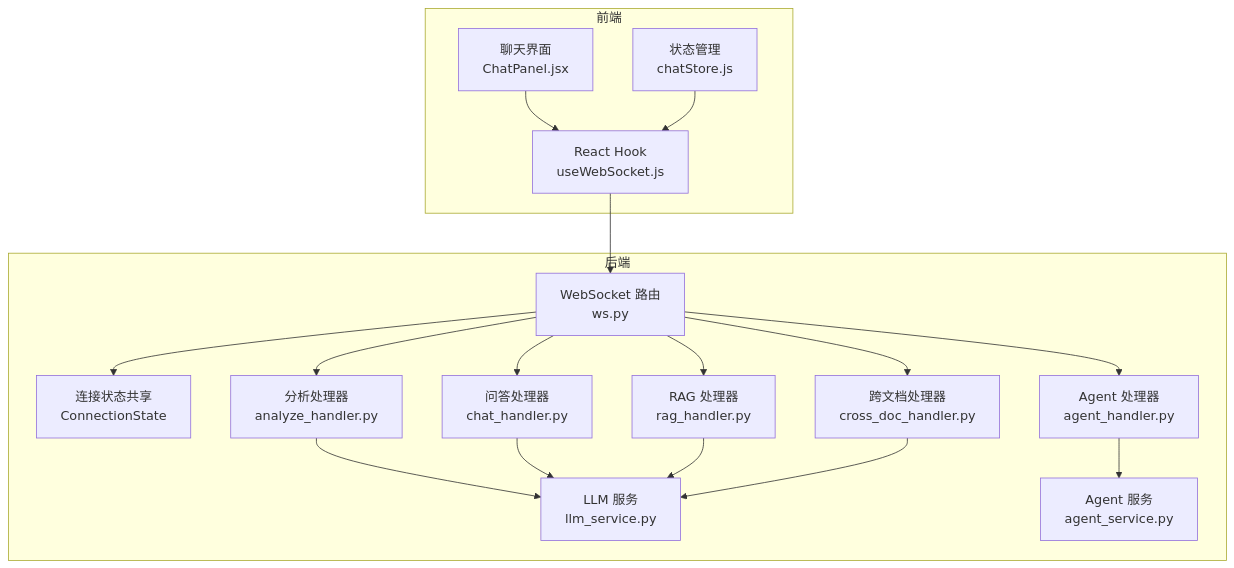
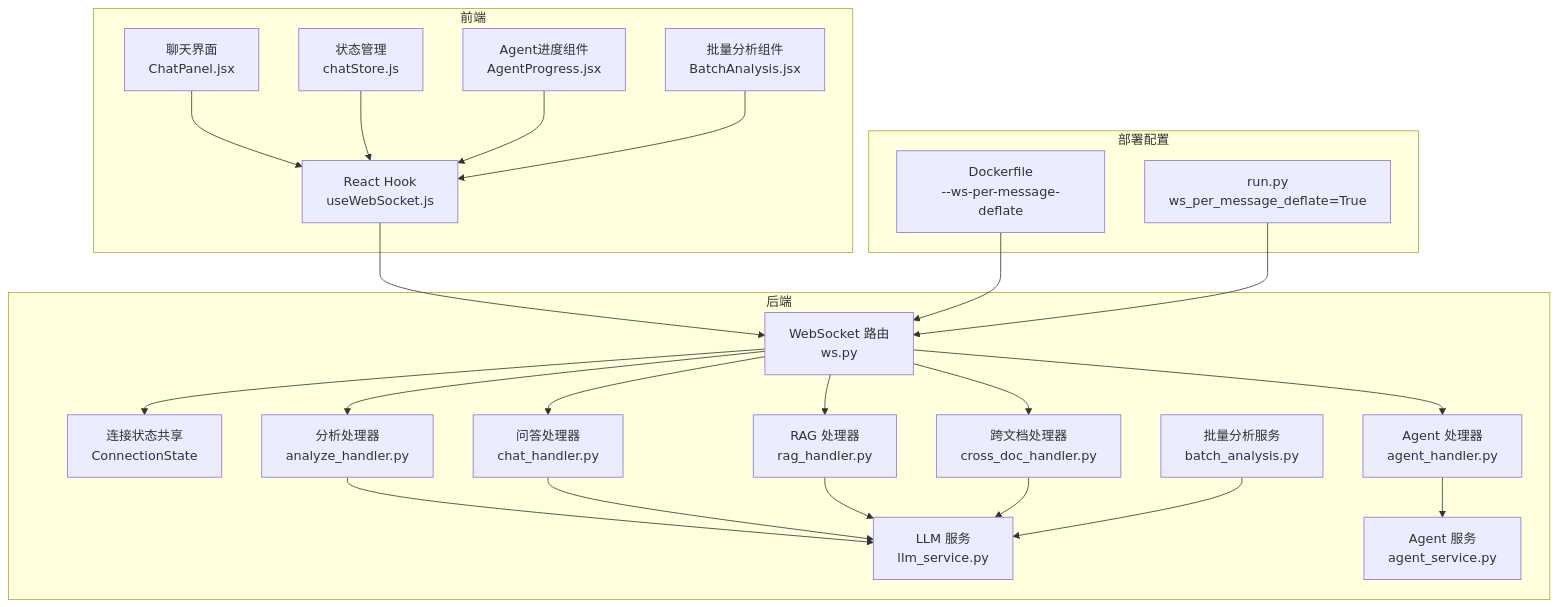
Before and after one commit to laohanhahaha/PaperChat: the first of 8 diagrams in .qoder/repowiki/zh/content/WebSocket 通信协议/WebSocket 通信协议.md, drawn with Mermaid. The commit also changed other lines of this file and 59 other files, not shown here.

````diff
--- a/.qoder/repowiki/zh/content/WebSocket 通信协议/WebSocket 通信协议.md
+++ b/.qoder/repowiki/zh/content/WebSocket 通信协议/WebSocket 通信协议.md
@@ -37,33 +55,45 @@
 ```mermaid
 graph TB
 subgraph "前端"
 FE_WS["React Hook<br/>useWebSocket.js"]
 FE_UI["聊天界面<br/>ChatPanel.jsx"]
 FE_STORE["状态管理<br/>chatStore.js"]
+FE_AGENT_PROGRESS["Agent进度组件<br/>AgentProgress.jsx"]
+FE_BATCH_ANALYSIS["批量分析组件<br/>BatchAnalysis.jsx"]
 end
 subgraph "后端"
 WS_ROUTE["WebSocket 路由<br/>ws.py"]
 CONN_STATE["连接状态共享<br/>ConnectionState"]
 HANDLER_ANALYZE["分析处理器<br/>analyze_handler.py"]
 HANDLER_CHAT["问答处理器<br/>chat_handler.py"]
 HANDLER_RAG["RAG 处理器<br/>rag_handler.py"]
 HANDLER_CROSS["跨文档处理器<br/>cross_doc_handler.py"]
 HANDLER_AGENT["Agent 处理器<br/>agent_handler.py"]
 SERVICE_LLM["LLM 服务<br/>llm_service.py"]
 SERVICE_AGENT["Agent 服务<br/>agent_service.py"]
+SERVICE_BATCH["批量分析服务<br/>batch_analysis.py"]
+end
+subgraph "部署配置"
+DOCKERFILE["Dockerfile<br/>--ws-per-message-deflate"]
+RUN_SCRIPT["run.py<br/>ws_per_message_deflate=True"]
 end
 FE_WS --> WS_ROUTE
 FE_UI --> FE_WS
 FE_STORE --> FE_WS
+FE_AGENT_PROGRESS --> FE_WS
+FE_BATCH_ANALYSIS --> FE_WS
 WS_ROUTE --> CONN_STATE
 WS_ROUTE --> HANDLER_ANALYZE
 WS_ROUTE --> HANDLER_CHAT
 WS_ROUTE --> HANDLER_RAG
 WS_ROUTE --> HANDLER_CROSS
 WS_ROUTE --> HANDLER_AGENT
 HANDLER_ANALYZE --> SERVICE_LLM
 HANDLER_CHAT --> SERVICE_LLM
 HANDLER_RAG --> SERVICE_LLM
 HANDLER_CROSS --> SERVICE_LLM
 HANDLER_AGENT --> SERVICE_AGENT
+SERVICE_BATCH --> SERVICE_LLM
+DOCKERFILE --> WS_ROUTE
+RUN_SCRIPT --> WS_ROUTE
 ```
````
